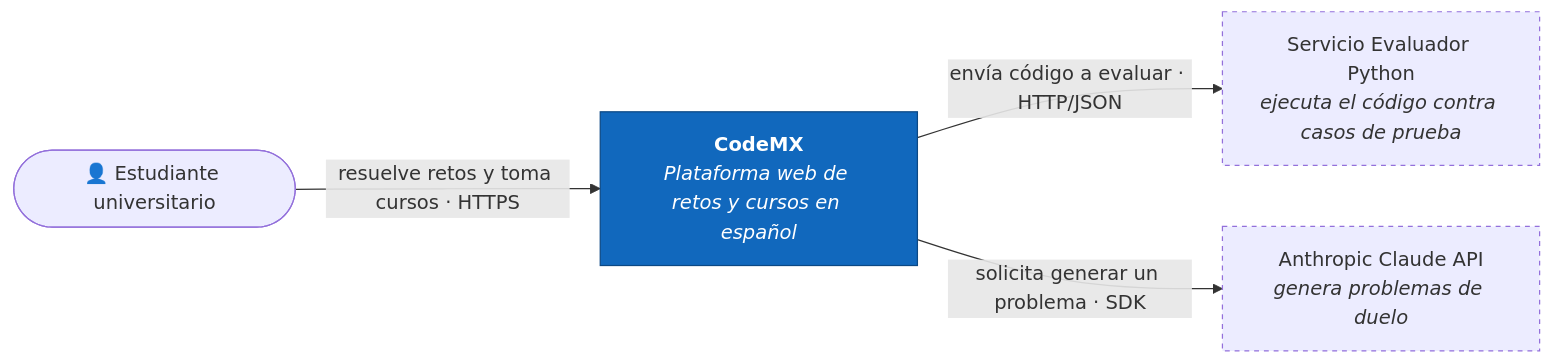
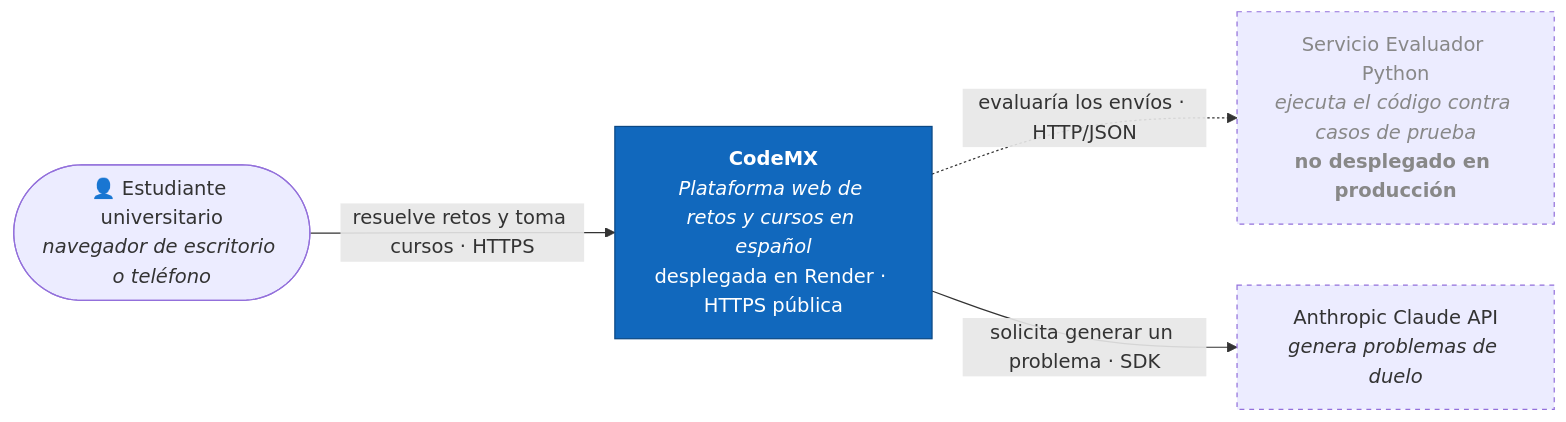
The second of 4 diagrams in README.md (Cab5ter/CodeMX-), drawn with Mermaid before and after one commit. The commit also changed other lines of this file and 11 other files, not shown here.

````diff
--- a/README.md
+++ b/README.md
@@ -324,16 +328,18 @@
 ```mermaid
 flowchart LR
-    est(["👤 Estudiante universitario"])
-    codemx["<b>CodeMX</b><br/><i>Plataforma web de retos y cursos en español</i>"]
-    pyeval["Servicio Evaluador Python<br/><i>ejecuta el código contra casos de prueba</i>"]
+    est(["👤 Estudiante universitario<br/><i>navegador de escritorio o teléfono</i>"])
+    codemx["<b>CodeMX</b><br/><i>Plataforma web de retos y cursos en español</i><br/>desplegada en Render · HTTPS pública"]
+    pyeval["Servicio Evaluador Python<br/><i>ejecuta el código contra casos de prueba</i><br/><b>no desplegado en producción</b>"]
     claude["Anthropic Claude API<br/><i>genera problemas de duelo</i>"]
 
     est -->|"resuelve retos y toma cursos · HTTPS"| codemx
-    codemx -->|"envía código a evaluar · HTTP/JSON"| pyeval
+    codemx -.->|"evaluaría los envíos · HTTP/JSON"| pyeval
     codemx -->|"solicita generar un problema · SDK"| claude
 
     classDef sys fill:#1168bd,stroke:#0b4884,color:#fff;
     classDef ext stroke-dasharray:4 4;
+    classDef off stroke-dasharray:4 4,color:#888;
     class codemx sys;
-    class pyeval,claude ext;
+    class claude ext;
+    class pyeval off;
 ```
````
